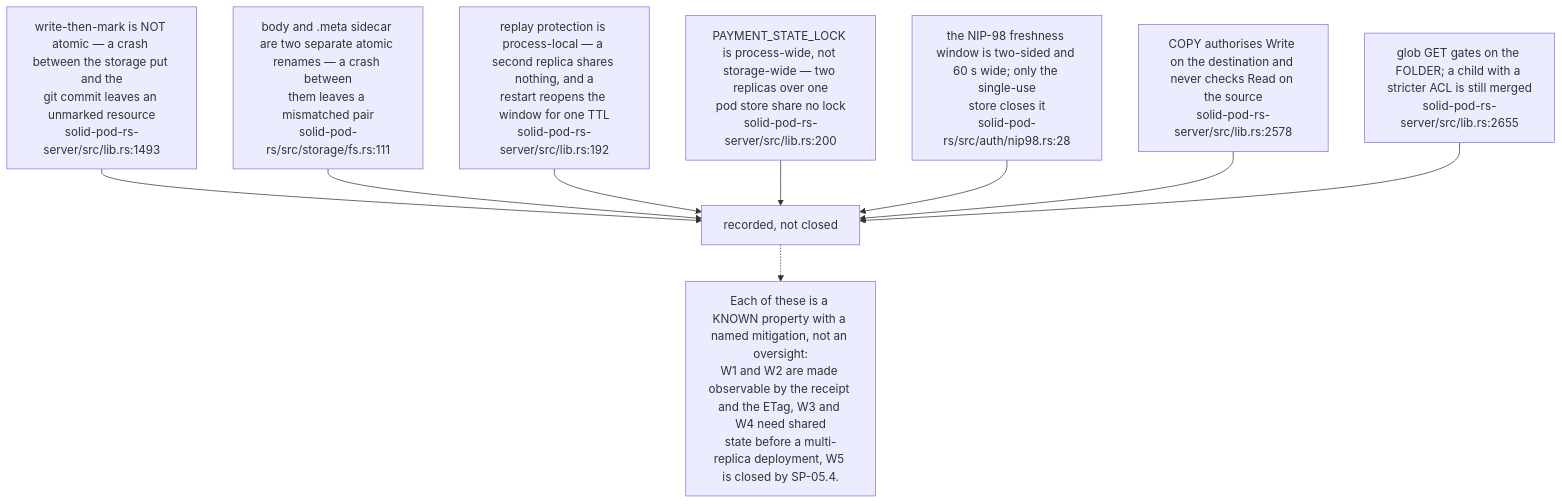
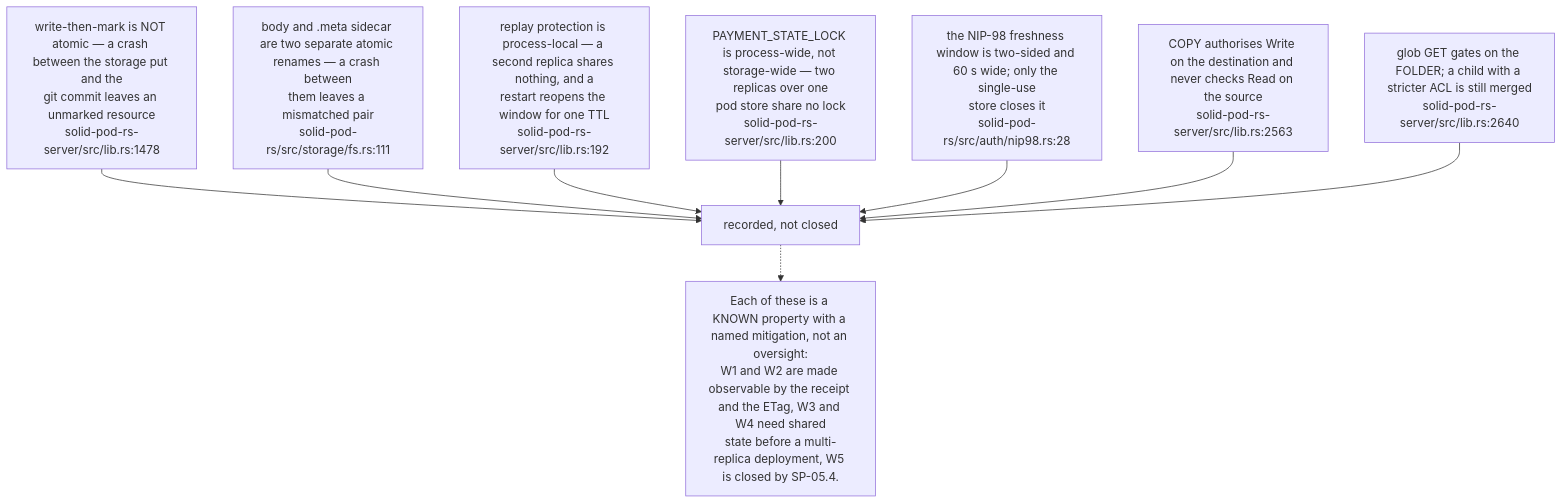
Before and after one commit to DreamLab-AI/VisionFlow: the fourth of 12 diagrams in docs/diagrams/solid-pod-rs/10-failure-modes-and-invariants.md, drawn with Mermaid. The commit also changed other lines of this file and 111 other files, not shown here.

Commit message:
docs(diagrams): align estate maps with current source

````diff
--- a/docs/diagrams/solid-pod-rs/10-failure-modes-and-invariants.md
+++ b/docs/diagrams/solid-pod-rs/10-failure-modes-and-invariants.md
@@ -121,21 +121,21 @@
 ```mermaid
 flowchart TD
-    W1["write-then-mark is NOT atomic — a crash between the storage put and the<br/>git commit leaves an unmarked resource<br/>solid-pod-rs-server/src/lib.rs:1493"]
+    W1["write-then-mark is NOT atomic — a crash between the storage put and the<br/>git commit leaves an unmarked resource<br/>solid-pod-rs-server/src/lib.rs:1478"]
     W2["body and .meta sidecar are two separate atomic renames — a crash between<br/>them leaves a mismatched pair<br/>solid-pod-rs/src/storage/fs.rs:111"]
     W3["replay protection is process-local — a second replica shares nothing, and a<br/>restart reopens the window for one TTL<br/>solid-pod-rs-server/src/lib.rs:192"]
     W4["PAYMENT_STATE_LOCK is process-wide, not storage-wide — two replicas over one<br/>pod store share no lock<br/>solid-pod-rs-server/src/lib.rs:200"]
     W5["the NIP-98 freshness window is two-sided and 60 s wide; only the single-use<br/>store closes it<br/>solid-pod-rs/src/auth/nip98.rs:28"]
-    W6["COPY authorises Write on the destination and never checks Read on the source<br/>solid-pod-rs-server/src/lib.rs:2578"]
-    W7["glob GET gates on the FOLDER; a child with a stricter ACL is still merged<br/>solid-pod-rs-server/src/lib.rs:2655"]
+    W6["COPY authorises Write on the destination and never checks Read on the source<br/>solid-pod-rs-server/src/lib.rs:2563"]
+    W7["glob GET gates on the FOLDER; a child with a stricter ACL is still merged<br/>solid-pod-rs-server/src/lib.rs:2640"]
 
     W1 --> R["recorded, not closed"]
     W2 --> R
     W3 --> R
     W4 --> R
     W5 --> R
     W6 --> R
     W7 --> R
 
     N["Each of these is a KNOWN property with a named mitigation, not an oversight:<br/>W1 and W2 are made observable by the receipt and the ETag, W3 and W4 need shared<br/>state before a multi-replica deployment, W5 is closed by SP-05.4."]
     R -.-> N
 ```
````
